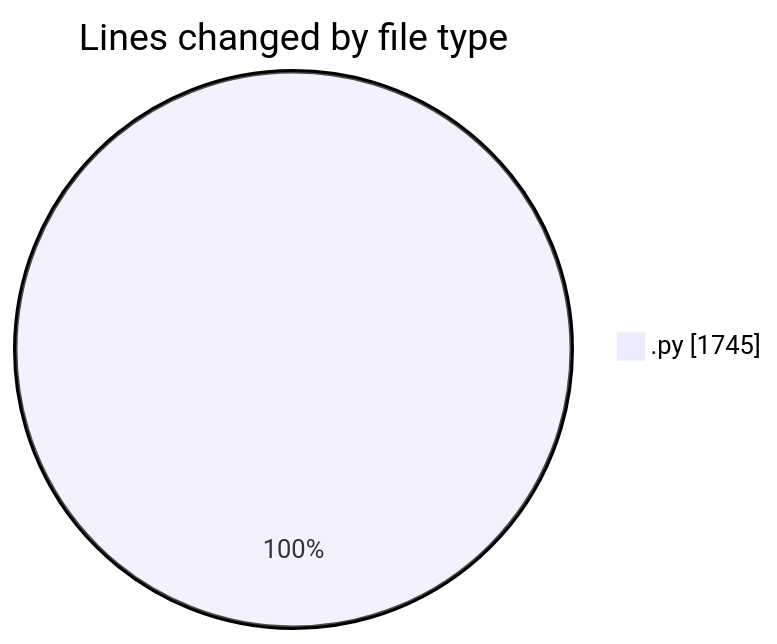
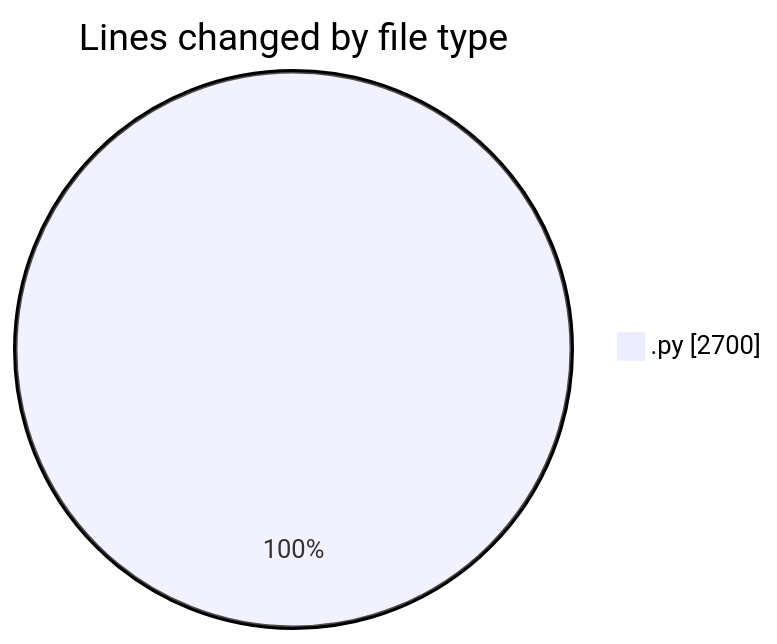
One commit to jrari/code-tracking changed the first of 2 diagrams in 2025-07-15/telebot/README.md. Above: the diagram before and after it, drawn with Mermaid. The commit also changed other lines of this file and 1 other file, not shown here.

````diff
--- a/2025-07-15/telebot/README.md
+++ b/2025-07-15/telebot/README.md
@@ -23,5 +24,5 @@
 ```mermaid
 pie showData
 title Lines changed by file type
-".py" : 1745
+".py" : 2700
 ```
````
